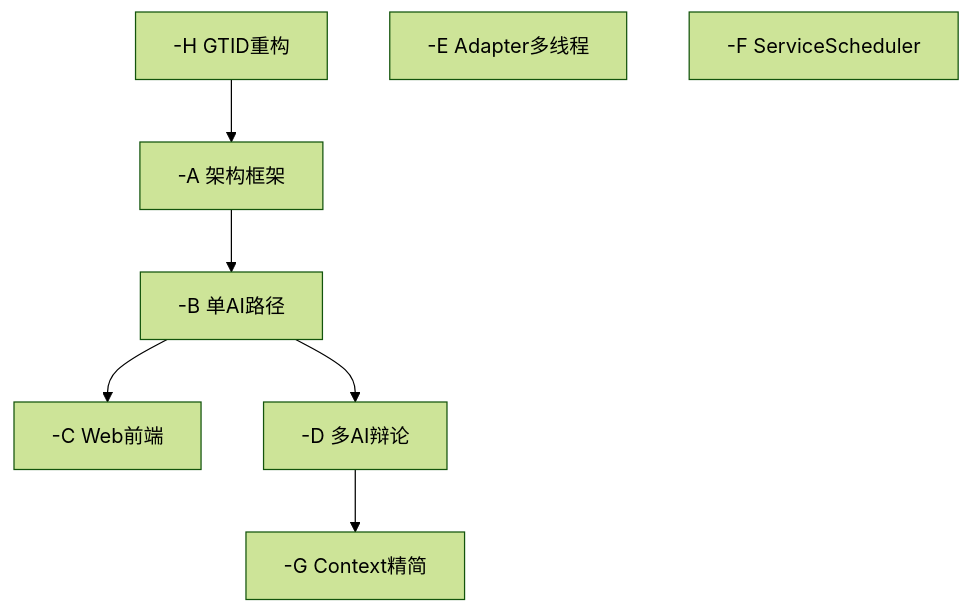
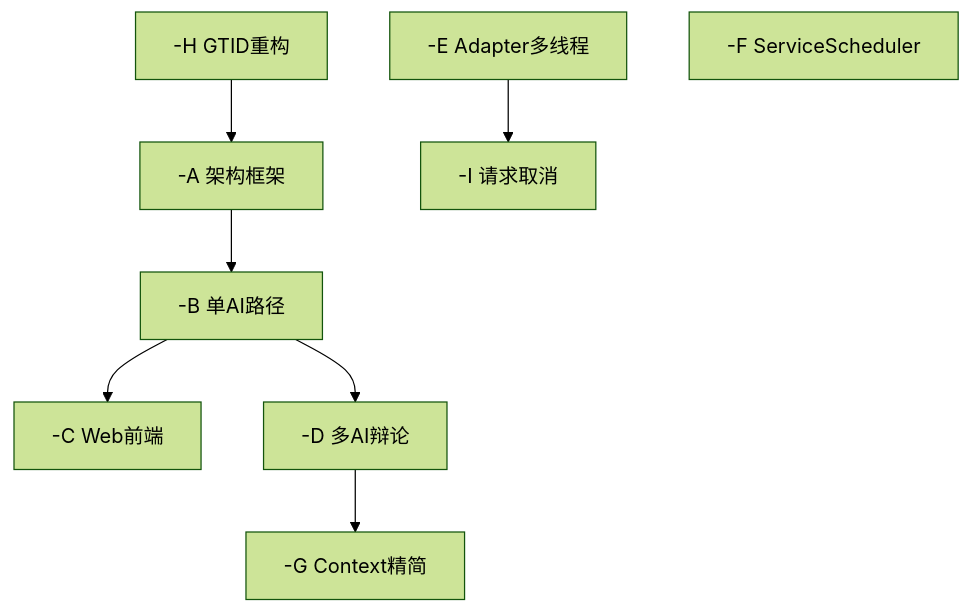
Before and after one commit to yun-qilong/flow_hub: the second of 2 diagrams in docs/feature/FT0002/README.md, drawn with Mermaid (forest theme). The commit also changed other lines of this file and 21 other files, not shown here.

````diff
--- a/docs/feature/FT0002/README.md
+++ b/docs/feature/FT0002/README.md
@@ -51,10 +52,11 @@
 ```mermaid
 flowchart TD
     H[-H GTID重构] --> A[-A 架构框架]
     A --> B[-B 单AI路径]
     B --> C[-C Web前端]
     B --> D[-D 多AI辩论]
     D --> G[-G Context精简]
     E[-E Adapter多线程]
     F[-F ServiceScheduler]
+    E --> I[-I 请求取消]
 ```
````
